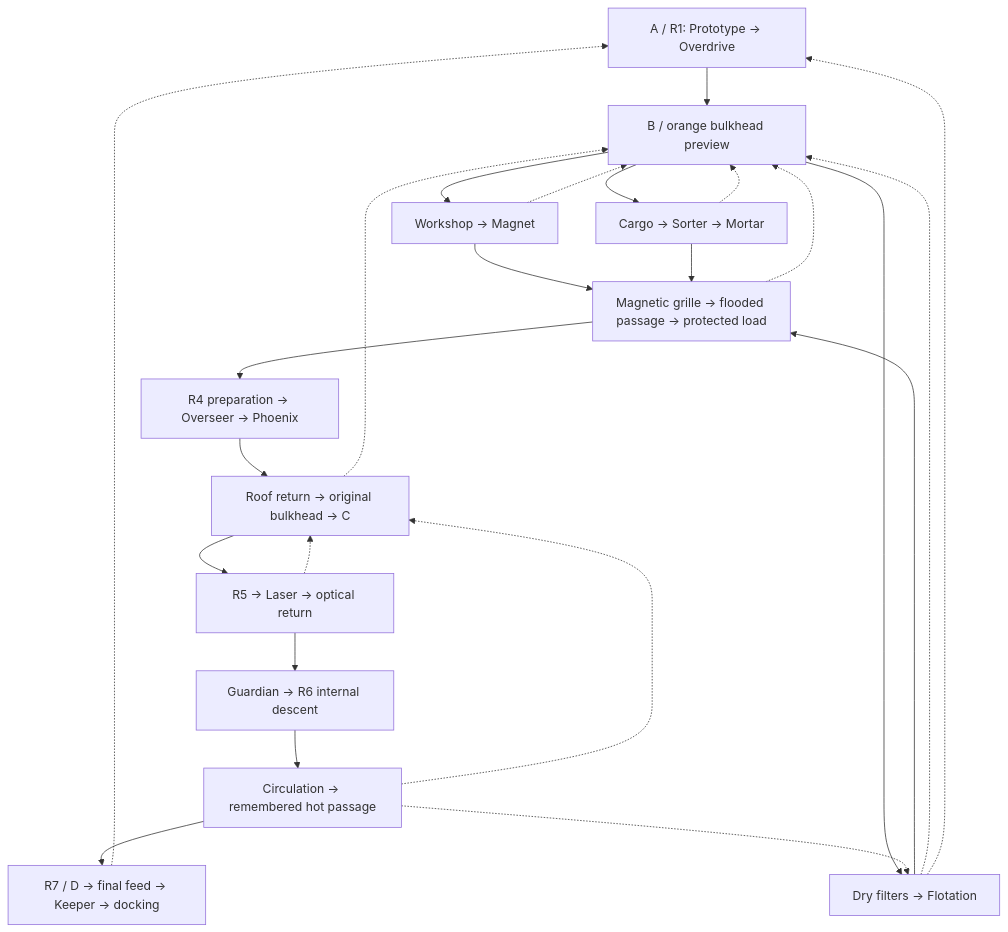
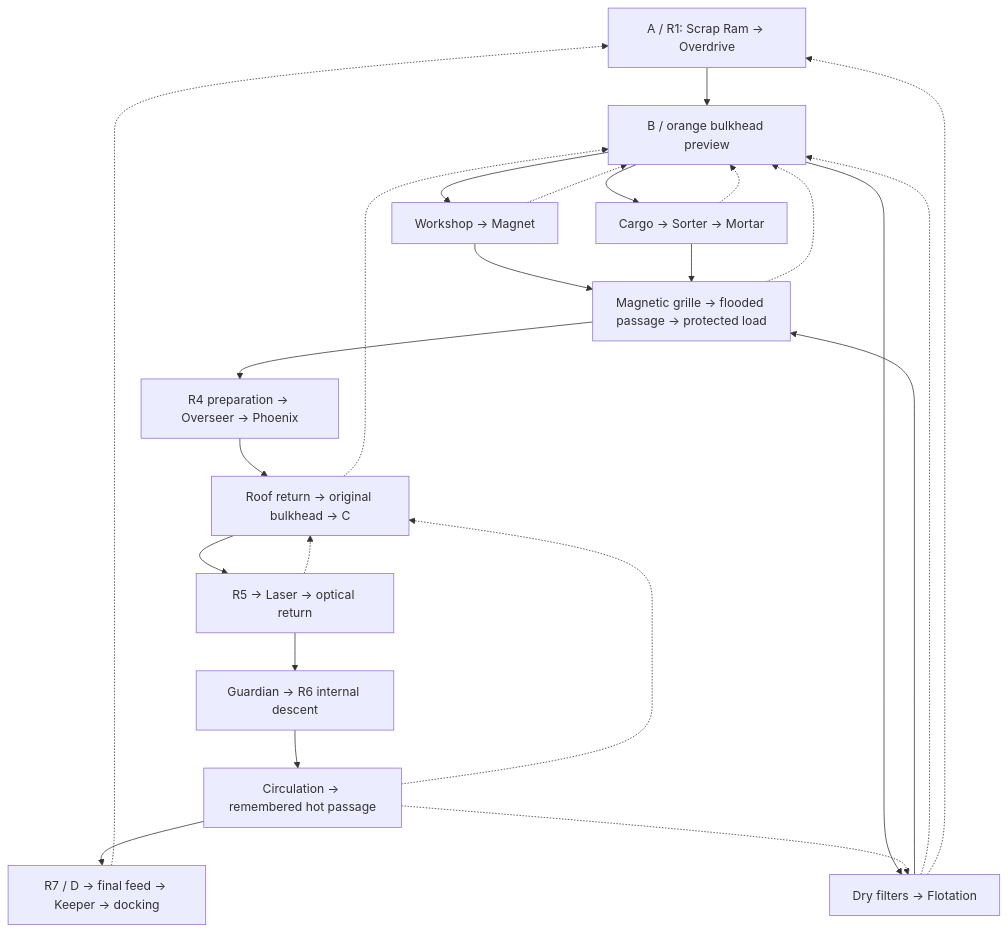
The diagram in Gamespec.md (Milky2018/tankle-adventure-astra), drawn with Mermaid before and after one commit. The commit also changed other lines of this file and 53 other files, not shown here.

````diff
--- a/Gamespec.md
+++ b/Gamespec.md
@@ -256,26 +256,26 @@
 ```mermaid
 flowchart TD
-    A["A / R1: Prototype → Overdrive"] --> B["B / orange bulkhead preview"]
+    A["A / R1: Scrap Ram → Overdrive"] --> B["B / orange bulkhead preview"]
     B --> M["Workshop → Magnet"]
     B --> O["Cargo → Sorter → Mortar"]
     B --> W["Dry filters → Flotation"]
     M --> X["Magnetic grille → flooded passage → protected load"]
     O --> X
     W --> X
     X --> P["R4 preparation → Overseer → Phoenix"]
     P --> C["Roof return → original bulkhead → C"]
     C --> L["R5 → Laser → optical return"]
     L --> G["Guardian → R6 internal descent"]
     G --> H["Circulation → remembered hot passage"]
     H --> D["R7 / D → final feed → Keeper → docking"]
     M -.-> B
     O -.-> B
     W -.-> B
     W -.-> A
     X -.-> B
     C -.-> B
     L -.-> C
     H -.-> C
     H -.-> W
     D -.-> A
 ```
````
